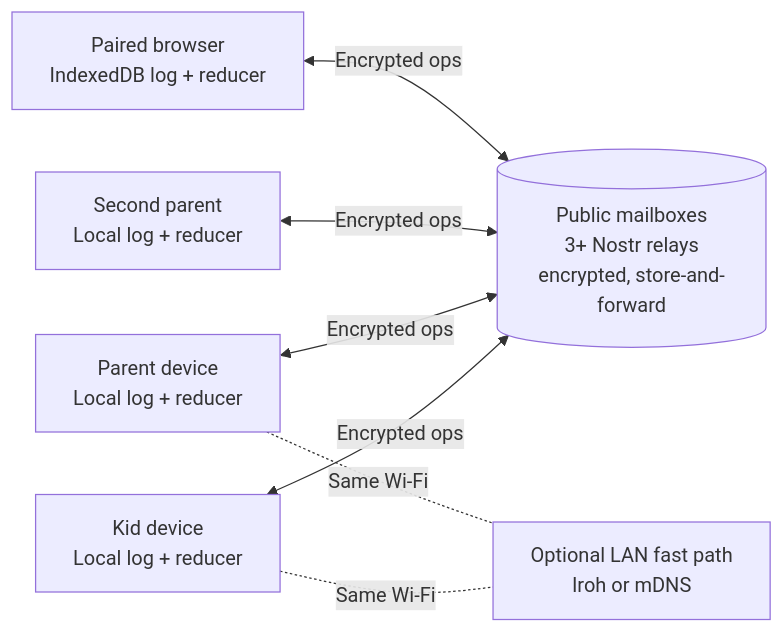
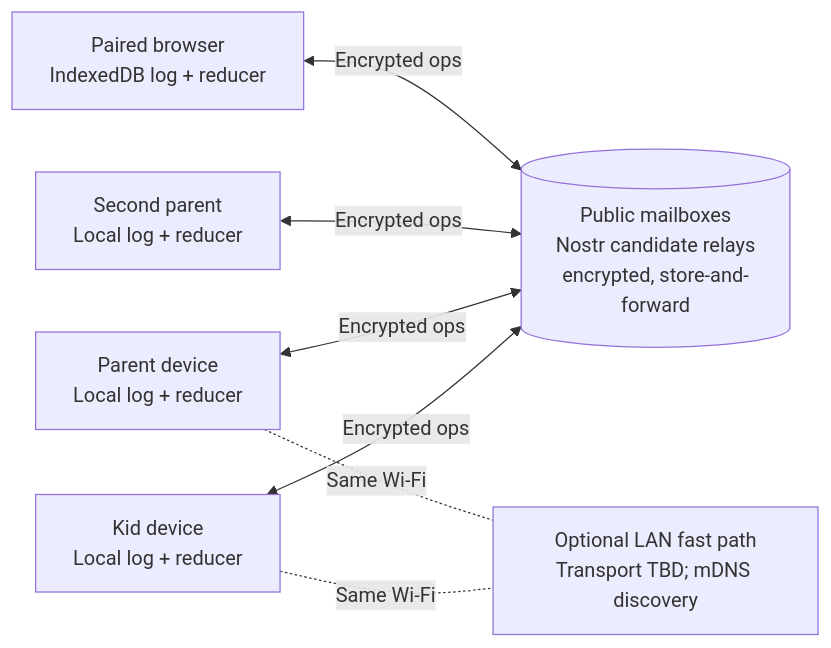
The diagram in docs/plans/server-free-spike.md (tsyche/paydirt), drawn with Mermaid before and after one commit. The commit also changed other lines of this file and 86 other files, not shown here.

````diff
--- a/docs/plans/server-free-spike.md
+++ b/docs/plans/server-free-spike.md
@@ -63,15 +63,15 @@
 ```mermaid
 flowchart LR
     K[Kid device<br/>Local log + reducer]
     P1[Parent device<br/>Local log + reducer]
     P2[Second parent<br/>Local log + reducer]
     W[Paired browser<br/>IndexedDB log + reducer]
-    M[(Public mailboxes<br/>3+ Nostr relays<br/>encrypted, store-and-forward)]
-    L[Optional LAN fast path<br/>Iroh or mDNS]
+    M[(Public mailboxes<br/>Nostr candidate relays<br/>encrypted, store-and-forward)]
+    L[Optional LAN fast path<br/>Transport TBD; mDNS discovery]
     K <-->|Encrypted ops| M
     P1 <-->|Encrypted ops| M
     P2 <-->|Encrypted ops| M
     W <-->|Encrypted ops| M
     K -. Same Wi-Fi .- L
     P1 -. Same Wi-Fi .- L
 ```
````
